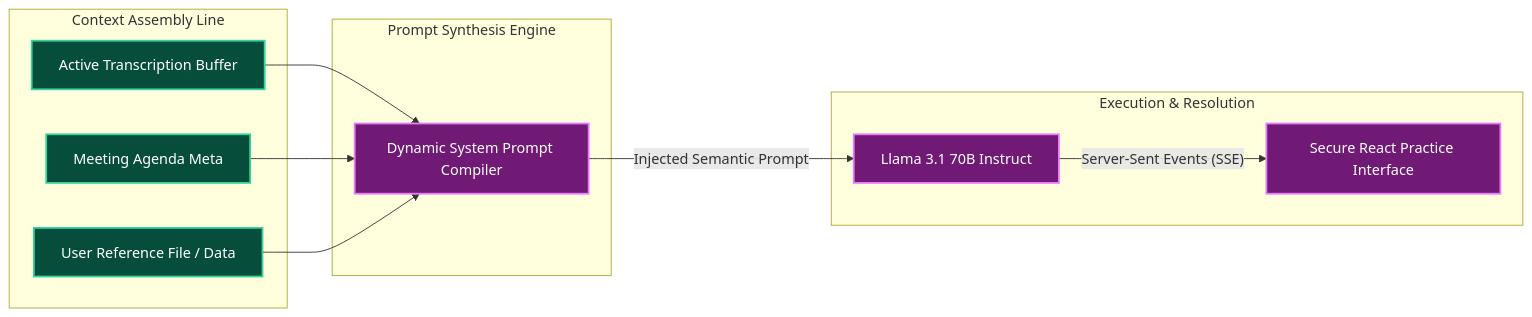
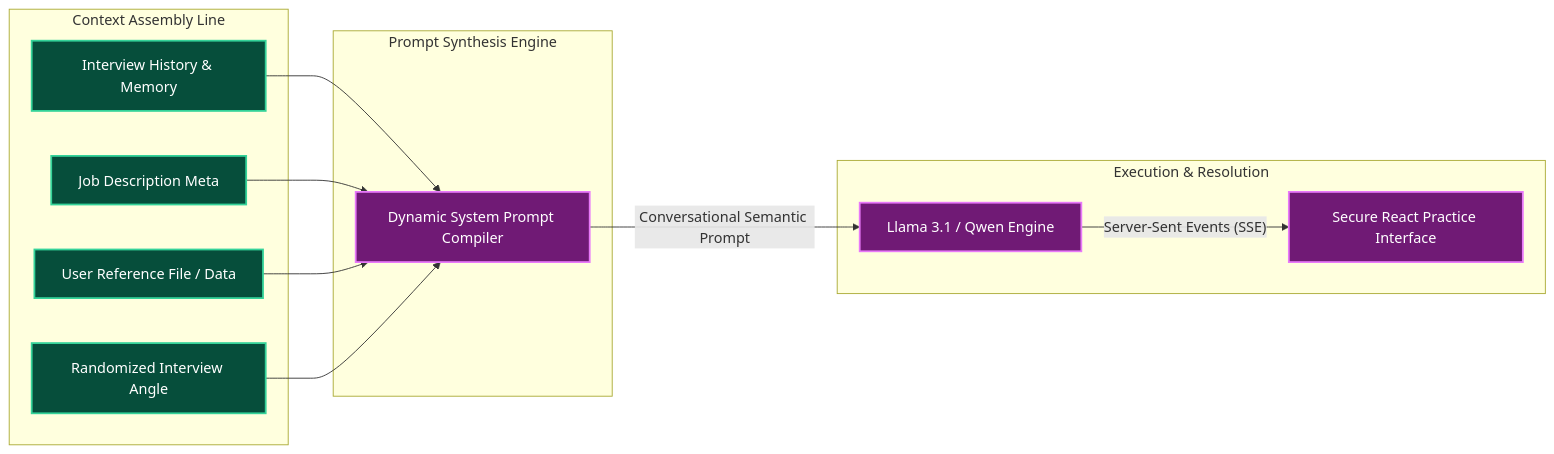
Before and after one commit to ziademad02153/ZEDX-AI-Assistant: the third of 4 diagrams in README.md, drawn with Mermaid. The commit also changed other lines of this file and 15 other files, not shown here.

````diff
--- a/README.md
+++ b/README.md
@@ -119,28 +119,30 @@
 ```mermaid
 graph LR
     subgraph "Context Assembly Line"
-        TRANSCRIPT[Active Transcription Buffer]
-        AGENDA[Meeting Agenda Meta]
+        HISTORY[Interview History & Memory]
+        JD[Job Description Meta]
         RESUME[User Reference File / Data]
+        ANGLE[Randomized Interview Angle]
     end
 
     subgraph "Prompt Synthesis Engine"
         COMPILER[Dynamic System Prompt Compiler]
-        TRANSCRIPT --> COMPILER
-        AGENDA --> COMPILER
+        HISTORY --> COMPILER
+        JD --> COMPILER
         RESUME --> COMPILER
+        ANGLE --> COMPILER
     end
 
     subgraph "Execution & Resolution"
-        LLAMA[Llama 3.1 70B Instruct]
+        LLAMA[Llama 3.1 / Qwen Engine]
         UI[Secure React Practice Interface]
-        COMPILER -- "Injected Semantic Prompt" --> LLAMA
+        COMPILER -- "Conversational Semantic Prompt" --> LLAMA
         LLAMA -- "Server-Sent Events (SSE)" --> UI
     end
     
     classDef data fill:#064e3b,stroke:#34d399,stroke-width:2px,color:#fff;
     classDef engine fill:#701a75,stroke:#e879f9,stroke-width:2px,color:#fff;
     
-    class TRANSCRIPT,AGENDA,RESUME data;
+    class HISTORY,JD,RESUME,ANGLE data;
     class COMPILER,LLAMA,UI engine;
 ```
````
